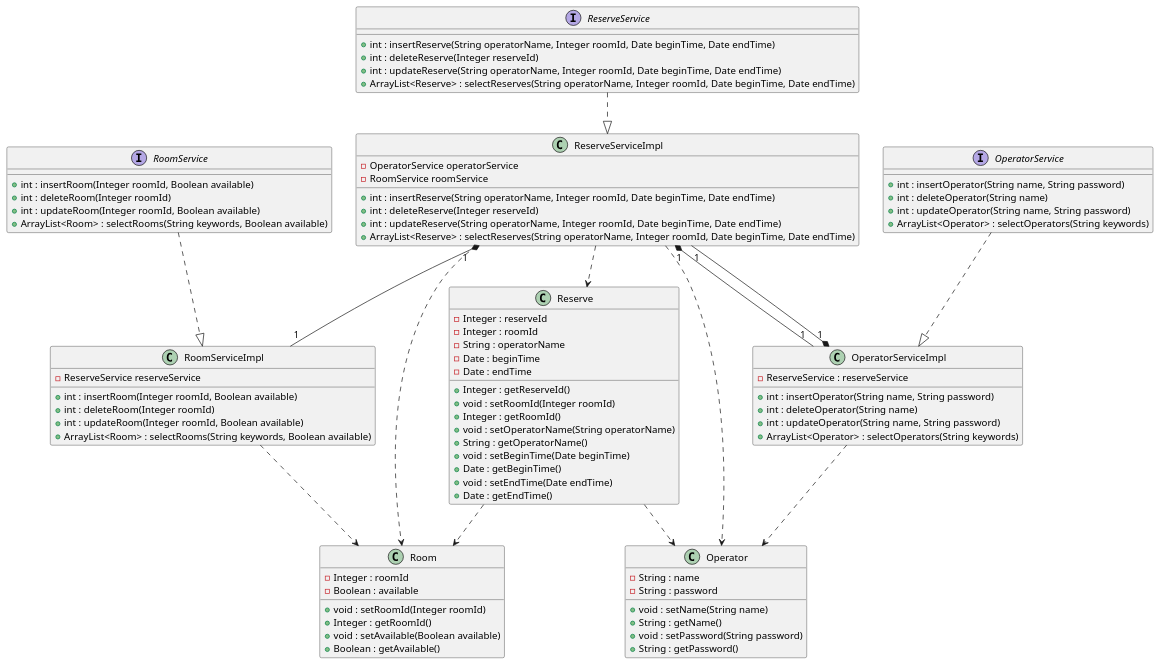
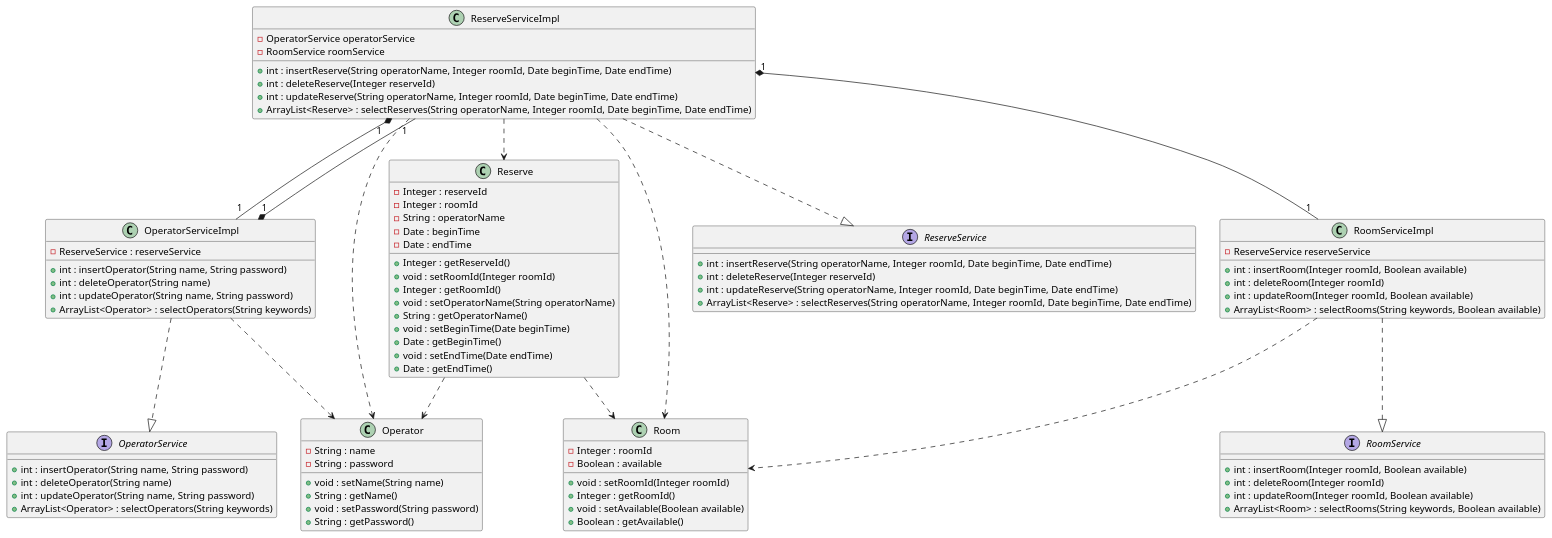
The diagram in UML/ConferenceRoomUML.puml (Daowaishho/SOA_2), drawn with PlantUML before and after one commit.

Commit message:
done class diagram 1.1 fix bug

```diff
--- a/UML/ConferenceRoomUML.puml
+++ b/UML/ConferenceRoomUML.puml
@@ -1,110 +1,110 @@
 @startuml
 class Operator{
 - String : name
 - String : password
 ' setter getter
 ' name
 + void : setName(String name)
 + String : getName()
 ' password
 + void : setPassword(String password)
 + String : getPassword()
 }
 
 class Reserve{
 - Integer : reserveId
 - Integer : roomId
 - String : operatorName
 - Date : beginTime
 - Date : endTime
 'setter getter
 ' reserveId
 + Integer : getReserveId()
 ' roomId
 + void : setRoomId(Integer roomId)
 + Integer : getRoomId()
 ' operatorName
 + void : setOperatorName(String operatorName)
 + String : getOperatorName()
 ' beginTime
 + void : setBeginTime(Date beginTime)
 + Date : getBeginTime()
 ' endTime
 + void : setEndTime(Date endTime)
 + Date : getEndTime()
 }
 
 class Room{
 - Integer : roomId
 - Boolean : available
 'setter getter
 ' roomId
 + void : setRoomId(Integer roomId)
 + Integer : getRoomId()
 ' available
 + void : setAvailable(Boolean available)
 + Boolean : getAvailable()
 }
 
 'service interface
 interface OperatorService{
 + int : insertOperator(String name, String password)
 + int : deleteOperator(String name)
 + int : updateOperator(String name, String password)
 + ArrayList<Operator> : selectOperators(String keywords)
 }
 
 interface ReserveService{
 + int : insertReserve(String operatorName, Integer roomId, Date beginTime, Date endTime)
 + int : deleteReserve(Integer reserveId)
 + int : updateReserve(String operatorName, Integer roomId, Date beginTime, Date endTime)
 + ArrayList<Reserve> : selectReserves(String operatorName, Integer roomId, Date beginTime, Date endTime)
 }
 
 interface RoomService{
 + int : insertRoom(Integer roomId, Boolean available)
 + int : deleteRoom(Integer roomId)
 + int : updateRoom(Integer roomId, Boolean available)
 + ArrayList<Room> : selectRooms(String keywords, Boolean available)
 }
 
 'service implement
 class OperatorServiceImpl{
 - ReserveService : reserveService
 + int : insertOperator(String name, String password)
 + int : deleteOperator(String name)
 + int : updateOperator(String name, String password)
 + ArrayList<Operator> : selectOperators(String keywords)
 }
 
 class ReserveServiceImpl{
 - OperatorService operatorService
 - RoomService roomService
 + int : insertReserve(String operatorName, Integer roomId, Date beginTime, Date endTime)
 + int : deleteReserve(Integer reserveId)
 + int : updateReserve(String operatorName, Integer roomId, Date beginTime, Date endTime)
 + ArrayList<Reserve> : selectReserves(String operatorName, Integer roomId, Date beginTime, Date endTime)
 }
 
 class RoomServiceImpl{
 - ReserveService reserveService
 + int : insertRoom(Integer roomId, Boolean available)
 + int : deleteRoom(Integer roomId)
 + int : updateRoom(Integer roomId, Boolean available)
 + ArrayList<Room> : selectRooms(String keywords, Boolean available)
 }
 
 Reserve ..> Operator
 Reserve ..> Room
-OperatorService ..|> OperatorServiceImpl
-ReserveService ..|> ReserveServiceImpl
-RoomService ..|> RoomServiceImpl
+OperatorServiceImpl ..|> OperatorService
+ReserveServiceImpl ..|> ReserveService
+RoomServiceImpl ..|> RoomService
 OperatorServiceImpl "1" *-- "1" ReserveServiceImpl
 ReserveServiceImpl "1" *-- "1" OperatorServiceImpl
 ReserveServiceImpl "1" *-- "1" RoomServiceImpl
 OperatorServiceImpl ..> Operator
 ReserveServiceImpl ..> Room
 ReserveServiceImpl ..> Operator
 ReserveServiceImpl ..> Reserve
 RoomServiceImpl ..> Room
 @enduml
```
